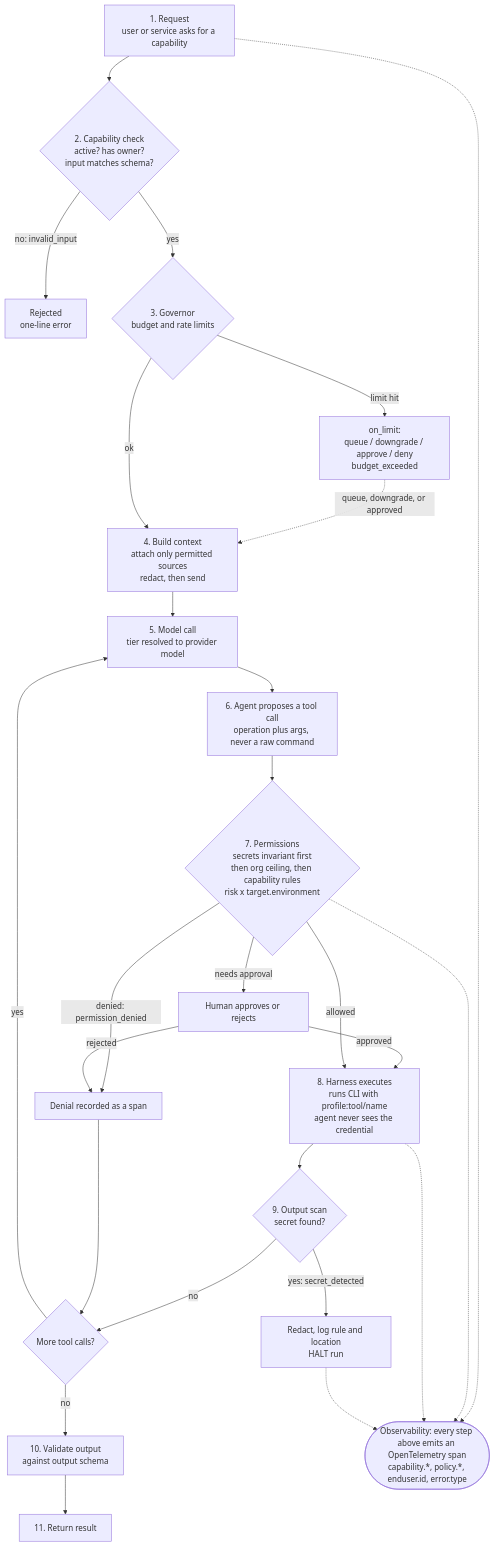
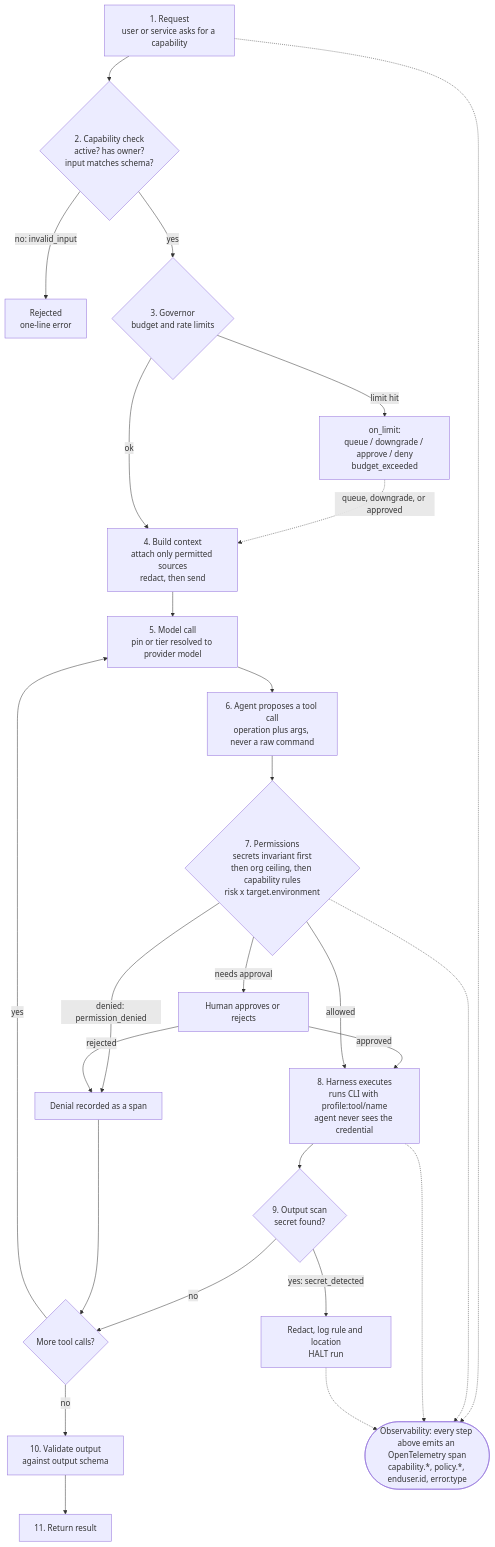
One commit to kfifield-macu/ai-standards-and-governance-scaffold changed the diagram in presentation.md. Above: the diagram before and after it, drawn with Mermaid. The commit also changed other lines of this file and 6 other files, not shown here.

````diff
--- a/presentation.md
+++ b/presentation.md
@@ -50,30 +50,30 @@
 ```mermaid
 flowchart TD
     A["1. Request<br/>user or service asks for a capability"] --> B{"2. Capability check<br/>active? has owner?<br/>input matches schema?"}
     B -- "no: invalid_input" --> X1["Rejected<br/>one-line error"]
     B -- yes --> C{"3. Governor<br/>budget and rate limits"}
     C -- "limit hit" --> C2["on_limit:<br/>queue / downgrade / approve / deny<br/>budget_exceeded"]
     C2 -. "queue, downgrade, or approved" .-> D
     C -- ok --> D["4. Build context<br/>attach only permitted sources<br/>redact, then send"]
-    D --> E["5. Model call<br/>tier resolved to provider model"]
+    D --> E["5. Model call<br/>pin or tier resolved to provider model"]
     E --> F["6. Agent proposes a tool call<br/>operation plus args, never a raw command"]
     F --> G{"7. Permissions<br/>secrets invariant first<br/>then org ceiling, then capability rules<br/>risk x target.environment"}
     G -- "denied: permission_denied" --> T["Denial recorded as a span"]
     G -- "needs approval" --> H["Human approves or rejects"]
     H -- approved --> I
     H -- rejected --> T
     G -- allowed --> I["8. Harness executes<br/>runs CLI with profile:tool/name<br/>agent never sees the credential"]
     I --> J{"9. Output scan<br/>secret found?"}
     J -- "yes: secret_detected" --> K["Redact, log rule and location<br/>HALT run"]
     J -- no --> L{"More tool calls?"}
     L -- yes --> E
     L -- no --> M["10. Validate output<br/>against output schema"]
     M --> N["11. Return result"]
     T --> L
 
     OBS(["Observability: every step above emits an OpenTelemetry span<br/>capability.*, policy.*, enduser.id, error.type"])
     A -.-> OBS
     G -.-> OBS
     I -.-> OBS
     K -.-> OBS
 ```
````
